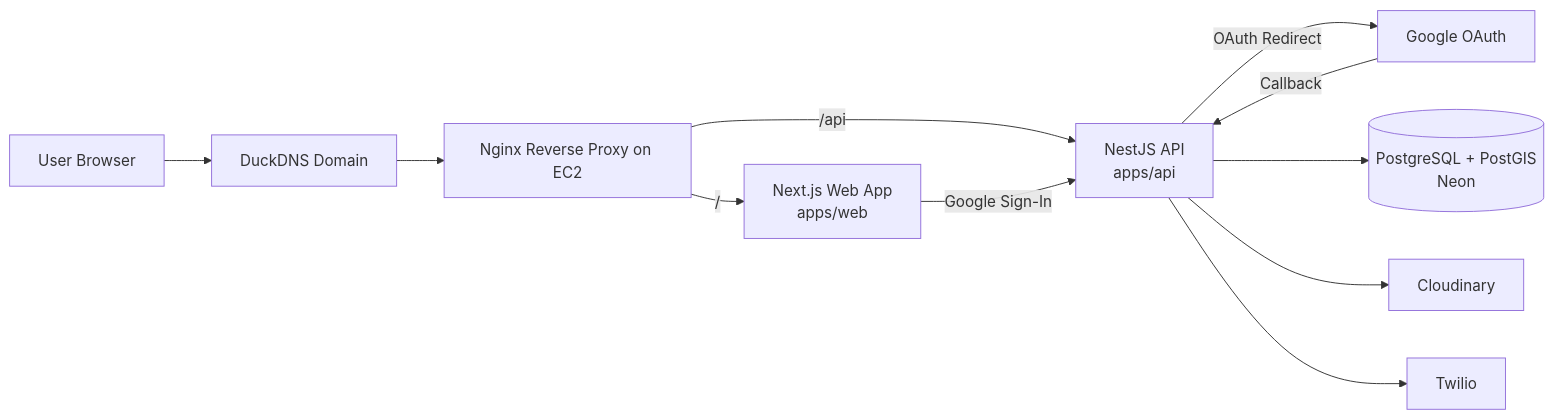
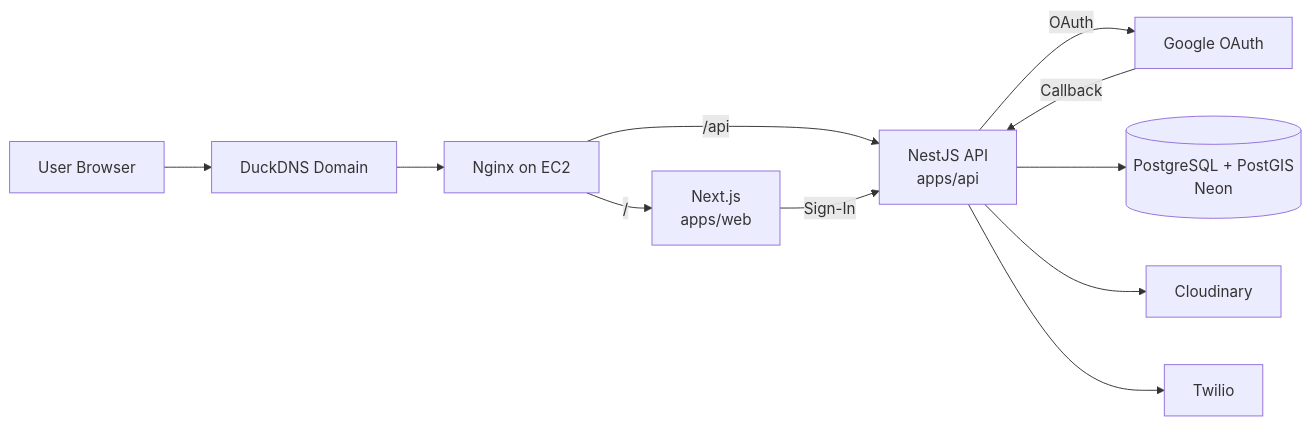
The diagram in README.md (nishmikaeka/resq-disaster-platform), drawn with Mermaid before and after one commit. The commit also changed other lines of this file, not shown here.

````diff
--- a/README.md
+++ b/README.md
@@ -302,24 +293,22 @@
 ```mermaid
 flowchart LR
     U[User Browser]
     D[DuckDNS Domain]
-    N[Nginx Reverse Proxy on EC2]
-    W[Next.js Web App\napps/web]
+    N[Nginx on EC2]
+    W[Next.js\napps/web]
     A[NestJS API\napps/api]
     P[(PostgreSQL + PostGIS\nNeon)]
     C[Cloudinary]
     T[Twilio]
     G[Google OAuth]
 
     U --> D --> N
     N -->|/| W
     N -->|/api| A
-
-    W -->|Google Sign-In| A
-    A -->|OAuth Redirect| G
+    W -->|Sign-In| A
+    A -->|OAuth| G
     G -->|Callback| A
-
     A --> P
     A --> C
     A --> T
 ```
````
